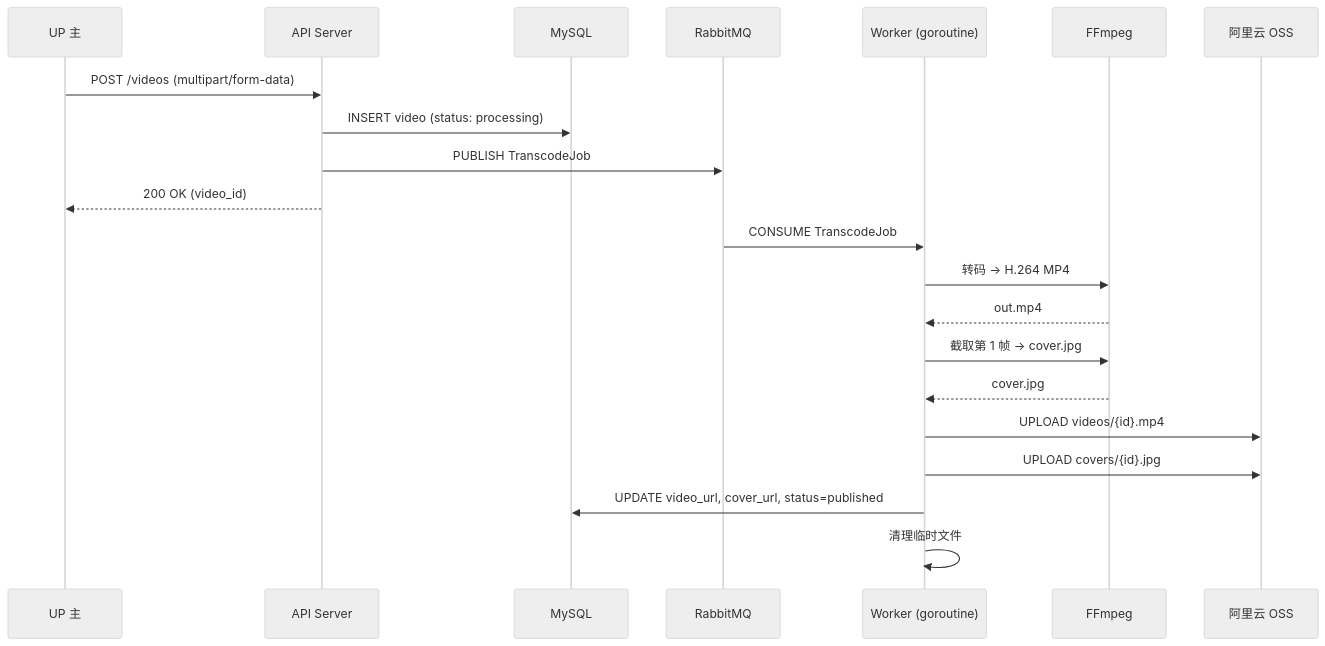
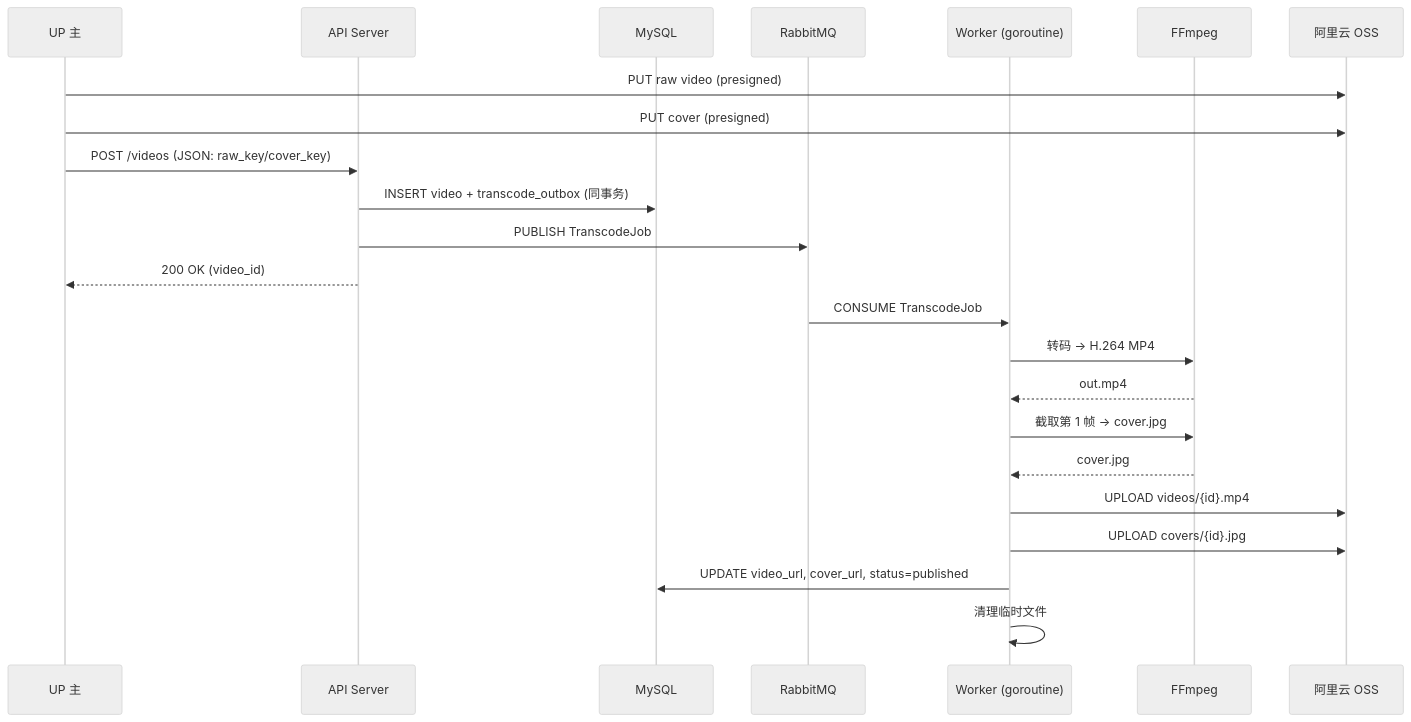
The third of 6 diagrams in docs/ARCHITECTURE.md (earthcake2233/cakecake), drawn with Mermaid (neutral theme) before and after one commit. The commit also changed other lines of this file and 84 other files, not shown here.

First line of the commit message:
feat(video): finalize enterprise upload chain — direct-to-OSS only

````diff
--- a/docs/ARCHITECTURE.md
+++ b/docs/ARCHITECTURE.md
@@ -142,25 +142,27 @@
 ```mermaid
 sequenceDiagram
     participant C as UP 主
     participant API as API Server
     participant DB as MySQL
     participant RMQ as RabbitMQ
     participant W as Worker (goroutine)
     participant FF as FFmpeg
     participant OSS as 阿里云 OSS
 
-    C->>API: POST /videos (multipart/form-data)
-    API->>DB: INSERT video (status: processing)
+    C->>OSS: PUT raw video (presigned)
+    C->>OSS: PUT cover (presigned)
+    C->>API: POST /videos (JSON: raw_key/cover_key)
+    API->>DB: INSERT video + transcode_outbox (同事务)
     API->>RMQ: PUBLISH TranscodeJob
     API-->>C: 200 OK (video_id)
 
     RMQ->>W: CONSUME TranscodeJob
     W->>FF: 转码 -> H.264 MP4
     FF-->>W: out.mp4
     W->>FF: 截取第 1 帧 -> cover.jpg
     FF-->>W: cover.jpg
     W->>OSS: UPLOAD videos/{id}.mp4
     W->>OSS: UPLOAD covers/{id}.jpg
     W->>DB: UPDATE video_url, cover_url, status=published
     W->>W: 清理临时文件
 ```
````
